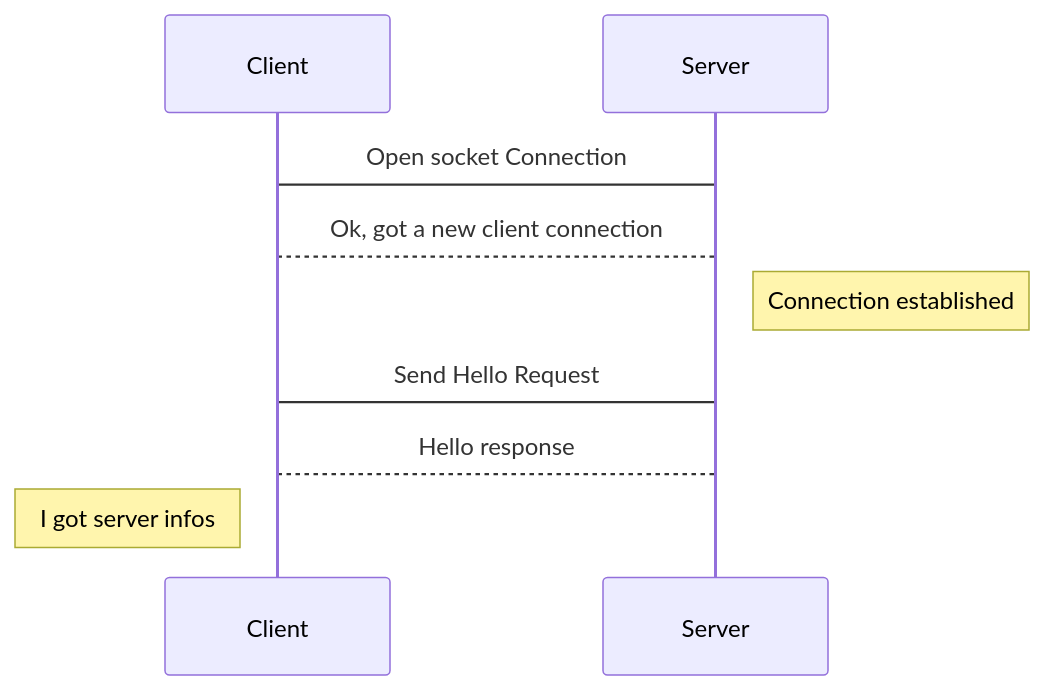
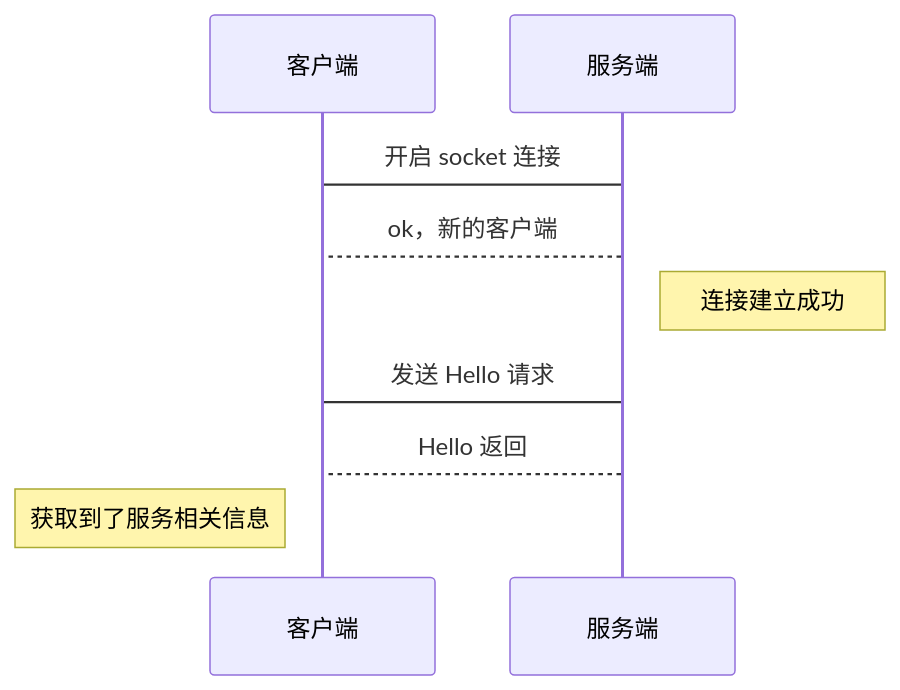
The first of 3 diagrams in docs/zh/deep-dive/native_protocol.md (housepower/ClickHouse-Native-JDBC), drawn with Mermaid before and after one commit. The commit also changed other lines of this file, not shown here.

````diff
--- a/docs/zh/deep-dive/native_protocol.md
+++ b/docs/zh/deep-dive/native_protocol.md
@@ -6,9 +6,9 @@
 ```mermaid
 sequenceDiagram
-Client -> Server: Open socket Connection
-Server --> Client: Ok, got a new client connection
-Note right of Server: Connection established
-Client -> Server: Send Hello Request
-Server --> Client: Hello response
-Note left of Client: I got server infos
+客户端 -> 服务端: 开启 socket 连接
+服务端 --> 客户端: ok，新的客户端
+Note right of 服务端: 连接建立成功
+客户端 -> 服务端: 发送 Hello 请求
+服务端 --> 客户端: Hello 返回
+Note left of 客户端: 获取到了服务相关信息
 ```
````
